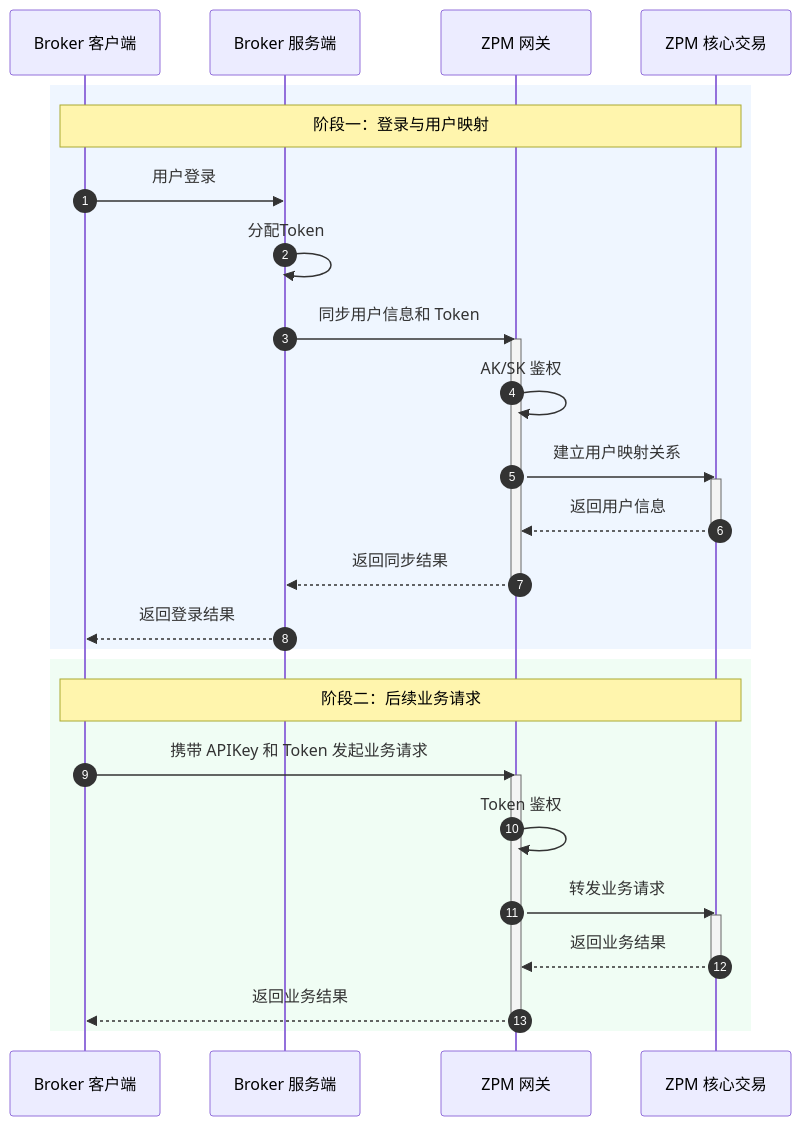
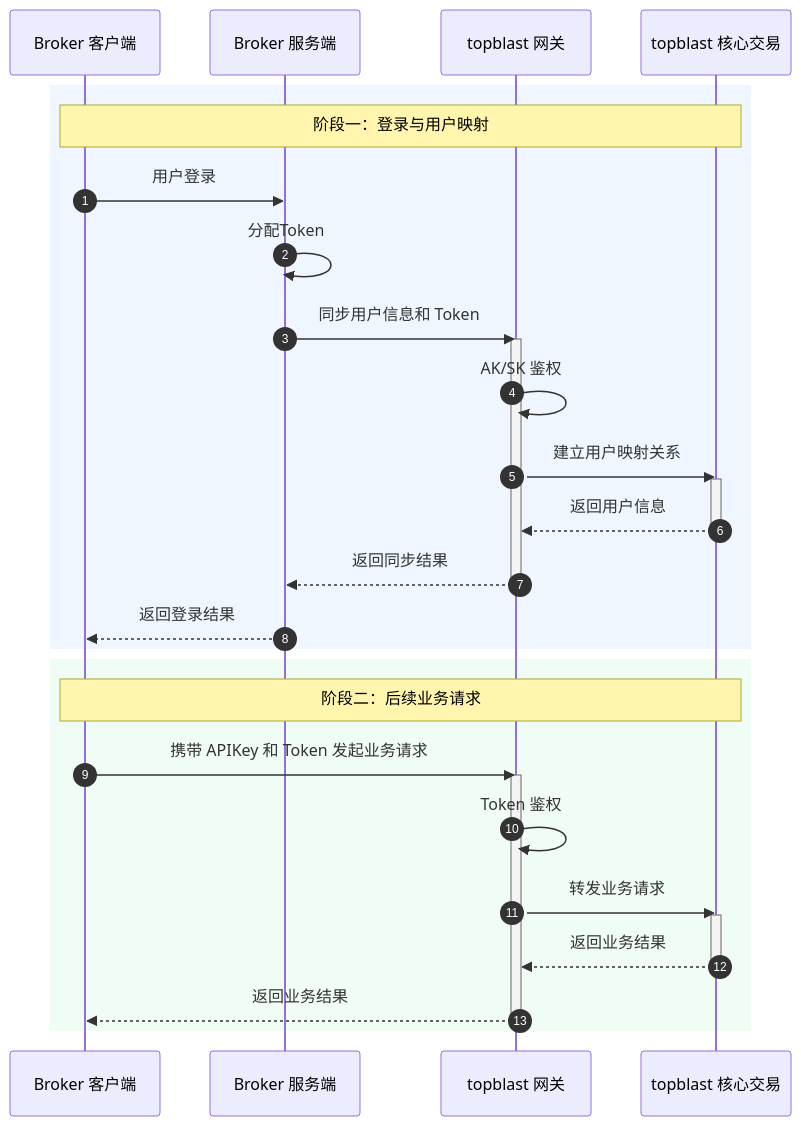
The diagram in cn/broker/guide/introduction.mdx (topblast-trade/docs), drawn with Mermaid before and after one commit. The commit also changed other lines of this file and 24 other files, not shown here.

````diff
--- a/cn/broker/guide/introduction.mdx
+++ b/cn/broker/guide/introduction.mdx
@@ -41,40 +41,40 @@
 ```mermaid
 sequenceDiagram
     autonumber
 
     participant BrokerClient as Broker 客户端
     participant BrokerServer as Broker 服务端
-    participant Gateway as ZPM 网关
-    participant Core as ZPM 核心交易
+    participant Gateway as topblast 网关
+    participant Core as topblast 核心交易
 
     rect rgb(239, 246, 255)
         Note over BrokerClient,Core: 阶段一：登录与用户映射
 
         BrokerClient->>BrokerServer: 用户登录
         BrokerServer->>BrokerServer: 分配Token
         BrokerServer->>Gateway: 同步用户信息和 Token
         activate Gateway
         Gateway->>Gateway: AK/SK 鉴权
         Gateway->>Core: 建立用户映射关系
         activate Core
         Core-->>Gateway: 返回用户信息
         deactivate Core
         Gateway-->>BrokerServer: 返回同步结果
         deactivate Gateway
         BrokerServer-->>BrokerClient: 返回登录结果
     end
 
     rect rgb(240, 253, 244)
         Note over BrokerClient,Core: 阶段二：后续业务请求
 
         BrokerClient->>Gateway: 携带 APIKey 和 Token 发起业务请求
         activate Gateway
         Gateway->>Gateway: Token 鉴权
         Gateway->>Core: 转发业务请求
         activate Core
         Core-->>Gateway: 返回业务结果
         deactivate Core
         Gateway-->>BrokerClient: 返回业务结果
         deactivate Gateway
     end
 ```
````
